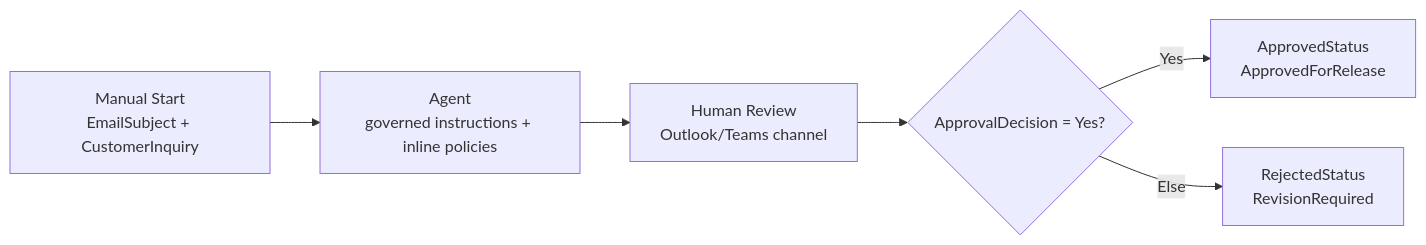
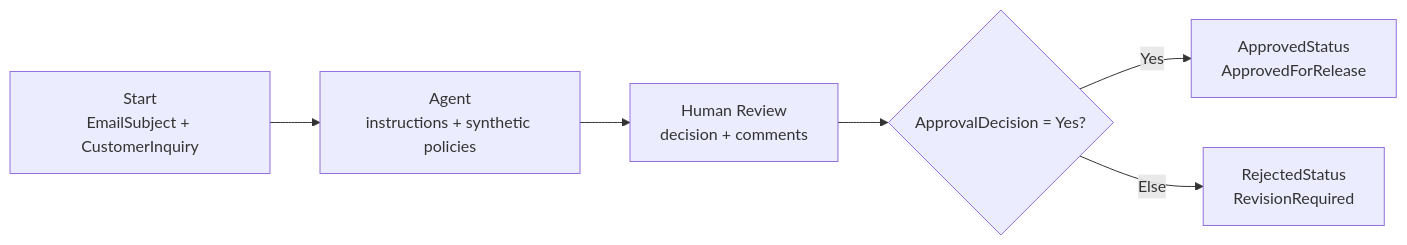
The diagram in projects/customer-email-assistant/README.md (shalineesinghvit12-source/legal-ai-transformation-hub), drawn with Mermaid before and after one commit. The commit also changed other lines of this file and 46 other files, not shown here.

```diff
--- a/projects/customer-email-assistant/README.md
+++ b/projects/customer-email-assistant/README.md
@@ -9,8 +9,8 @@
 ~~~mermaid
 flowchart LR
-    A["Manual Start<br/>EmailSubject + CustomerInquiry"] --> B["Agent<br/>governed instructions + inline policies"]
-    B --> C["Human Review<br/>Outlook/Teams channel"]
+    A["Start<br/>EmailSubject + CustomerInquiry"] --> B["Agent<br/>instructions + synthetic policies"]
+    B --> C["Human Review<br/>decision + comments"]
     C --> D{"ApprovalDecision = Yes?"}
     D -->|Yes| E["ApprovedStatus<br/>ApprovedForRelease"]
     D -->|Else| F["RejectedStatus<br/>RevisionRequired"]
 ~~~
```
